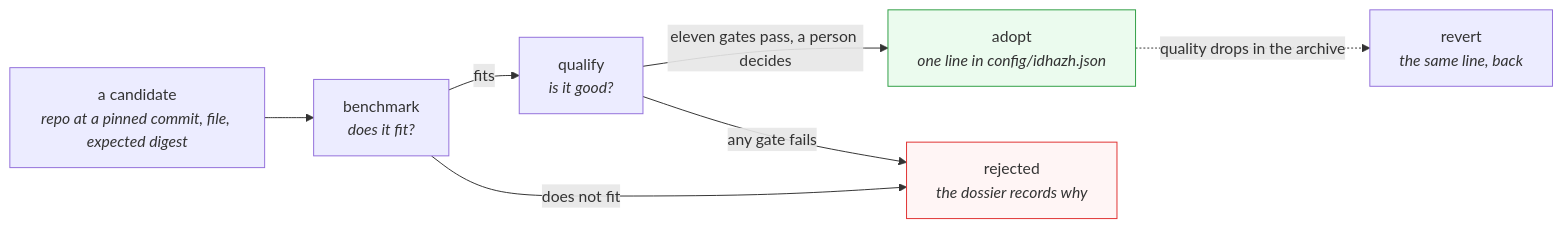
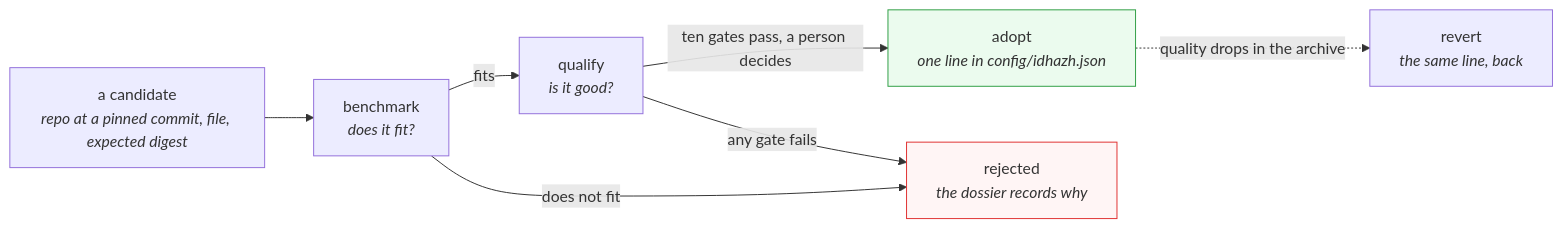
One commit to miztiik/yen-idhazh changed the second of 2 diagrams in docs/architecture/summarize/model-boundary.md. Above: the diagram before and after it, drawn with Mermaid. The commit also changed other lines of this file and 19 other files, not shown here.

````diff
--- a/docs/architecture/summarize/model-boundary.md
+++ b/docs/architecture/summarize/model-boundary.md
@@ -350,19 +350,19 @@
 ```mermaid
 flowchart LR
   C["a candidate<br/><i>repo at a pinned commit, file, expected digest</i>"]
   B["benchmark<br/><i>does it fit?</i>"]
   Q["qualify<br/><i>is it good?</i>"]
   AD["adopt<br/><i>one line in config/idhazh.json</i>"]
   RV["revert<br/><i>the same line, back</i>"]
   X["rejected<br/><i>the dossier records why</i>"]
 
   C --> B
   B -->|"fits"| Q
   B -->|"does not fit"| X
-  Q -->|"eleven gates pass, a person decides"| AD
+  Q -->|"ten gates pass, a person decides"| AD
   Q -->|"any gate fails"| X
   AD -.->|"quality drops in the archive"| RV
 
   style AD fill:#ebfbee,stroke:#2f9e44
   style X fill:#fff5f5,stroke:#e03131
 ```
````
